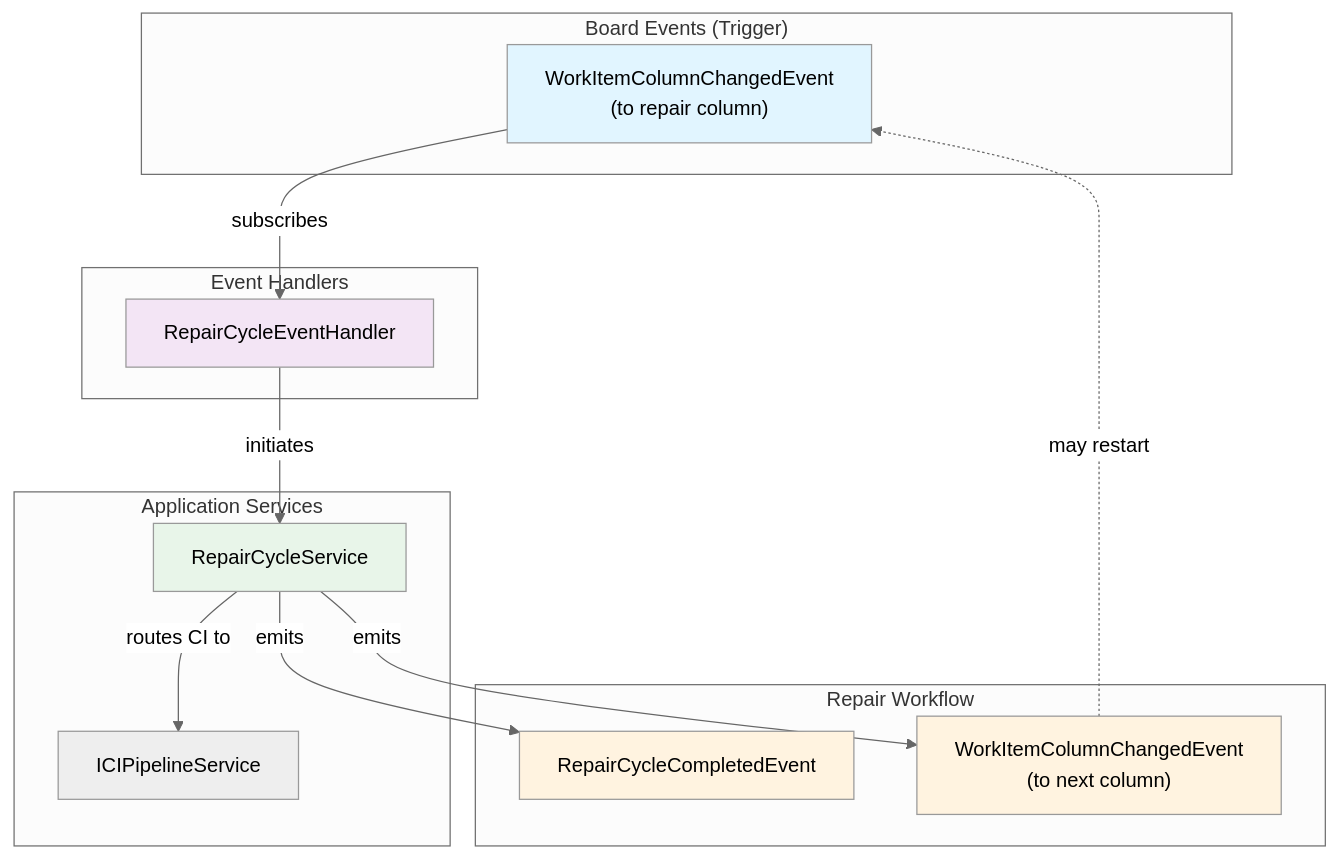
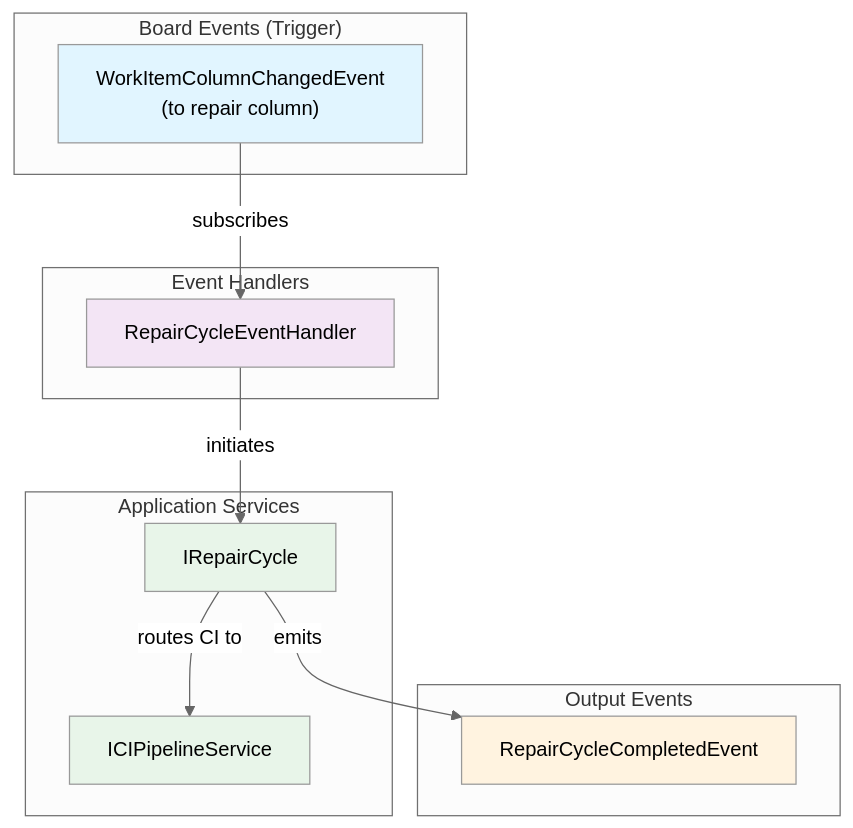
One commit to tinkermonkey/codetoreum changed the fifth of 7 diagrams in documentation/architecture/application-services/event-handlers.md. Above: the diagram before and after it, drawn with Mermaid (neutral theme). The commit also changed other lines of this file, not shown here.

First line of the commit message:
Fix Event Handler Documentation diagrams for accuracy

````diff
--- a/documentation/architecture/application-services/event-handlers.md
+++ b/documentation/architecture/application-services/event-handlers.md
@@ -729,34 +728,30 @@
 ```mermaid
 flowchart TB
     subgraph "Board Events (Trigger)"
         E1["WorkItemColumnChangedEvent<br/>(to repair column)"]
     end
 
     subgraph "Event Handlers"
         H1["RepairCycleEventHandler"]
     end
 
     subgraph "Application Services"
-        S1["RepairCycleService"]
+        S1["IRepairCycle"]
         S2["ICIPipelineService"]
     end
 
-    subgraph "Repair Workflow"
+    subgraph "Output Events"
         E2["RepairCycleCompletedEvent"]
-        E3["WorkItemColumnChangedEvent<br/>(to next column)"]
     end
 
     E1 -->|subscribes| H1
     H1 -->|initiates| S1
     S1 -->|routes CI to| S2
     S1 -->|emits| E2
-    S1 -->|emits| E3
-
-    E3 -.->|may restart| E1
 
     style E1 fill:#e1f5ff
     style H1 fill:#f3e5f5
     style S1 fill:#e8f5e9
+    style S2 fill:#e8f5e9
     style E2 fill:#fff3e0
-    style E3 fill:#fff3e0
 ```
````
